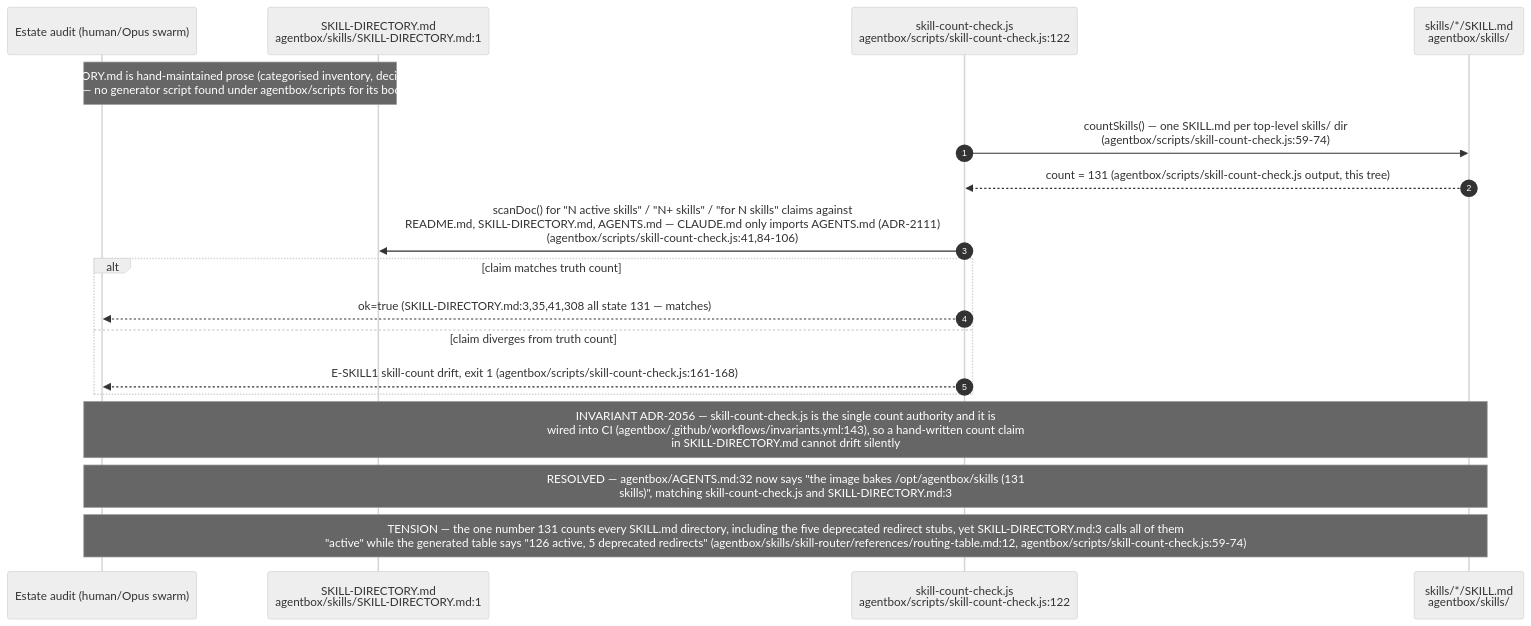
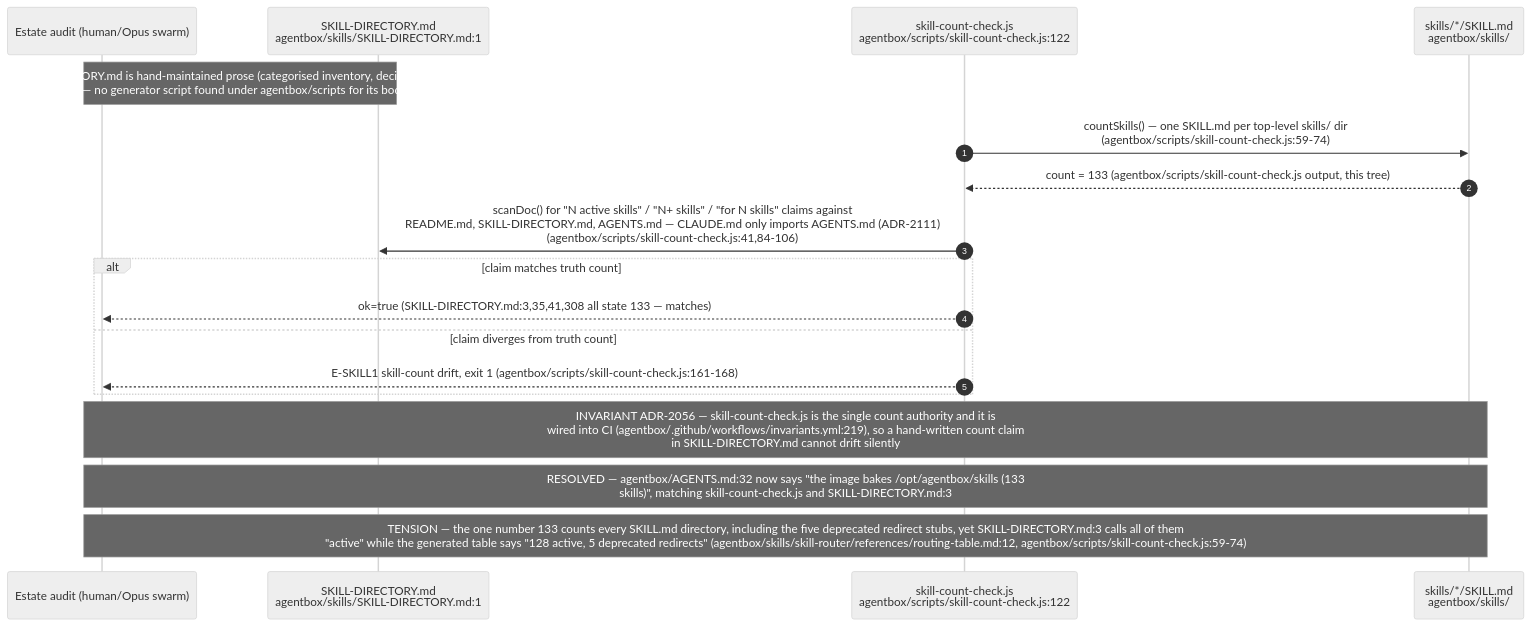
One commit to DreamLab-AI/VisionFlow changed the fourth of 12 diagrams in docs/diagrams/agentbox/22-skills-and-routing.md. Above: the diagram before and after it, drawn with Mermaid (neutral theme). The commit also changed other lines of this file and 36 other files, not shown here.

First line of the commit message:
docs(diagrams): re-derive and re-stamp agentbox, dream-engine, visioncraft, visiontouch and vowl topics; drop LAN addresses

````diff
--- a/docs/diagrams/agentbox/22-skills-and-routing.md
+++ b/docs/diagrams/agentbox/22-skills-and-routing.md
@@ -195,21 +196,21 @@
 ```mermaid
 sequenceDiagram
     autonumber
     participant AUTHOR as Estate audit (human/Opus swarm)
     participant DIR as SKILL-DIRECTORY.md<br/>agentbox/skills/SKILL-DIRECTORY.md:1
     participant CNT as skill-count-check.js<br/>agentbox/scripts/skill-count-check.js:122
     participant DISK as skills/*/SKILL.md<br/>agentbox/skills/
 
     Note over AUTHOR,DIR: SKILL-DIRECTORY.md is hand-maintained prose (categorised inventory, decision tree, MCP<br/>table) — no generator script found under agentbox/scripts for its body text
     CNT->>DISK: countSkills() — one SKILL.md per top-level skills/ dir<br/>(agentbox/scripts/skill-count-check.js:59-74)
-    DISK-->>CNT: count = 131 (agentbox/scripts/skill-count-check.js output, this tree)
+    DISK-->>CNT: count = 133 (agentbox/scripts/skill-count-check.js output, this tree)
     CNT->>DIR: scanDoc() for "N active skills" / "N+ skills" / "for N skills" claims against<br/>README.md, SKILL-DIRECTORY.md, AGENTS.md — CLAUDE.md only imports AGENTS.md (ADR-2111)<br/>(agentbox/scripts/skill-count-check.js:41,84-106)
     alt claim matches truth count
-        CNT-->>AUTHOR: ok=true (SKILL-DIRECTORY.md:3,35,41,308 all state 131 — matches)
+        CNT-->>AUTHOR: ok=true (SKILL-DIRECTORY.md:3,35,41,308 all state 133 — matches)
     else claim diverges from truth count
         CNT-->>AUTHOR: E-SKILL1 skill-count drift, exit 1 (agentbox/scripts/skill-count-check.js:161-168)
     end
-    Note over AUTHOR,DISK: INVARIANT ADR-2056 — skill-count-check.js is the single count authority and it is<br/>wired into CI (agentbox/.github/workflows/invariants.yml:143), so a hand-written count claim<br/>in SKILL-DIRECTORY.md cannot drift silently
-    Note over AUTHOR,DISK: RESOLVED — agentbox/AGENTS.md:32 now says "the image bakes /opt/agentbox/skills (131<br/>skills)", matching skill-count-check.js and SKILL-DIRECTORY.md:3
-    Note over AUTHOR,DISK: TENSION — the one number 131 counts every SKILL.md directory, including the five deprecated redirect stubs, yet SKILL-DIRECTORY.md:3 calls all of them<br/>"active" while the generated table says "126 active, 5 deprecated redirects" (agentbox/skills/skill-router/references/routing-table.md:12, agentbox/scripts/skill-count-check.js:59-74)
+    Note over AUTHOR,DISK: INVARIANT ADR-2056 — skill-count-check.js is the single count authority and it is<br/>wired into CI (agentbox/.github/workflows/invariants.yml:219), so a hand-written count claim<br/>in SKILL-DIRECTORY.md cannot drift silently
+    Note over AUTHOR,DISK: RESOLVED — agentbox/AGENTS.md:32 now says "the image bakes /opt/agentbox/skills (133<br/>skills)", matching skill-count-check.js and SKILL-DIRECTORY.md:3
+    Note over AUTHOR,DISK: TENSION — the one number 133 counts every SKILL.md directory, including the five deprecated redirect stubs, yet SKILL-DIRECTORY.md:3 calls all of them<br/>"active" while the generated table says "128 active, 5 deprecated redirects" (agentbox/skills/skill-router/references/routing-table.md:12, agentbox/scripts/skill-count-check.js:59-74)
 ```
````
